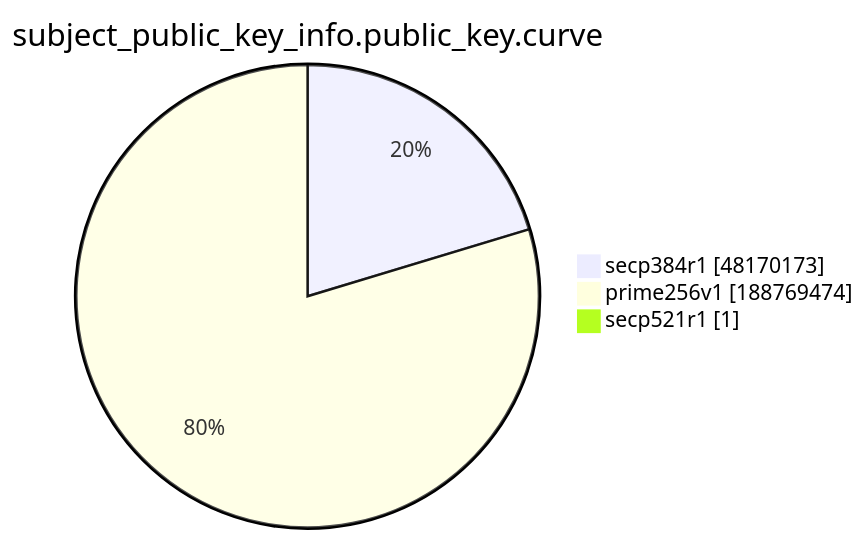
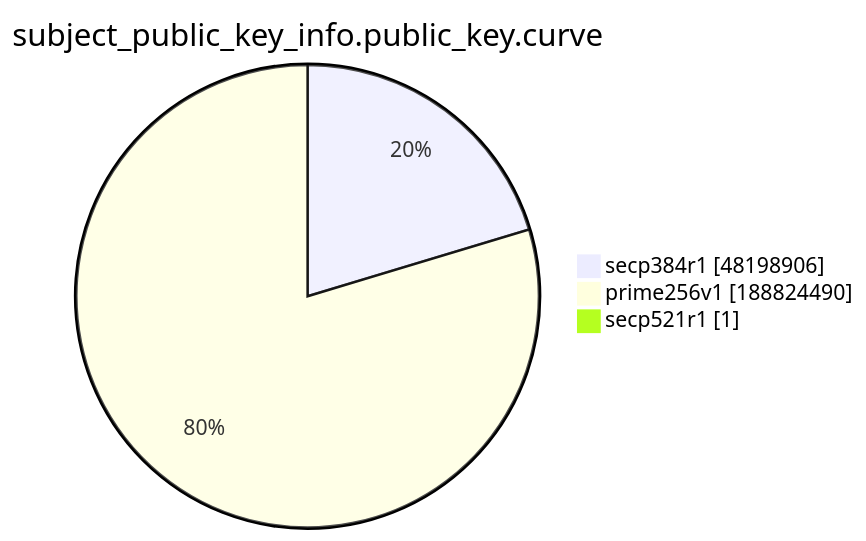
The ninth of 15 diagrams in xenon2022/README.md (christiankrug/ctmonitor_visualization), drawn with Mermaid before and after one commit. The commit also changed other lines of this file, not shown here.

````diff
--- a/xenon2022/README.md
+++ b/xenon2022/README.md
@@ -2874,7 +2874,7 @@
 ```mermaid
 pie showData
 title subject_public_key_info.public_key.curve
-"secp384r1" :48170173
-"prime256v1" :188769474
+"secp384r1" :48198906
+"prime256v1" :188824490
 "secp521r1" :1
 ```
````
